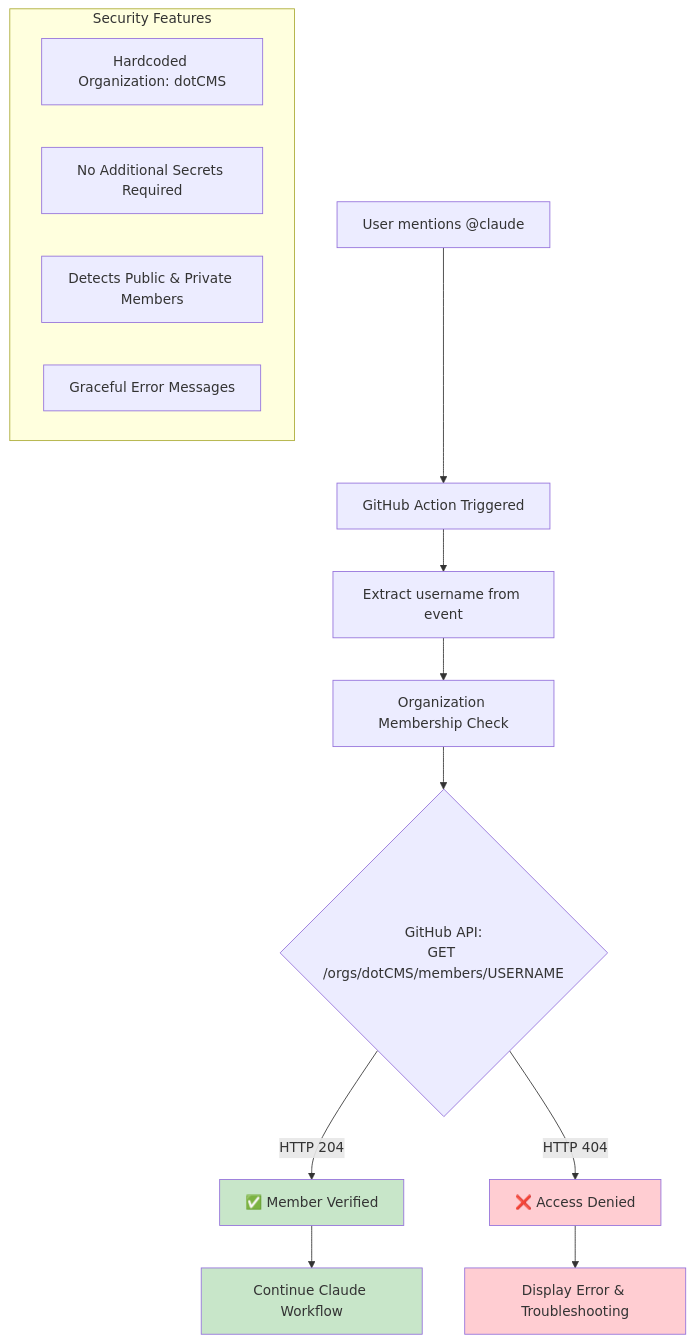
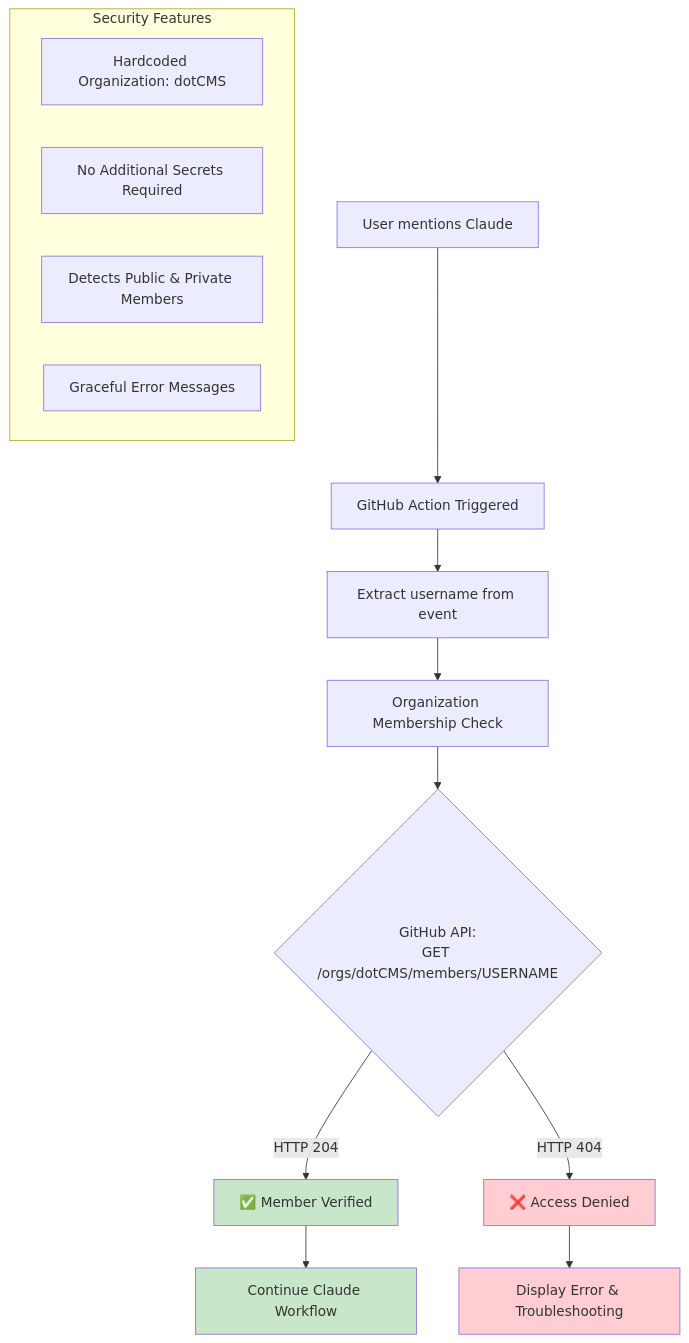
One commit to dotCMS/core changed the first of 4 diagrams in docs/core/CLAUDE_CODE_SECURITY_GUIDE.md. Above: the diagram before and after it, drawn with Mermaid. The commit also changed other lines of this file, not shown here.

First line of the commit message:
fix: remove @ symbols from mermaid node text

````diff
--- a/docs/core/CLAUDE_CODE_SECURITY_GUIDE.md
+++ b/docs/core/CLAUDE_CODE_SECURITY_GUIDE.md
@@ -15,26 +15,26 @@
 ```mermaid
 graph TB
-    A[User mentions @claude] --> B[GitHub Action Triggered]
+    A[User mentions Claude] --> B[GitHub Action Triggered]
     B --> C[Extract username from event]
     C --> D[Organization Membership Check]
     
     D --> E{GitHub API:<br/>GET /orgs/dotCMS/members/USERNAME}
     
     E -->|HTTP 204| F[✅ Member Verified]
     E -->|HTTP 404| G[❌ Access Denied]
     
     F --> H[Continue Claude Workflow]
     G --> I[Display Error & Troubleshooting]
     
     subgraph "Security Features"
         J[Hardcoded Organization: dotCMS]
         K[No Additional Secrets Required]
         L[Detects Public & Private Members]
         M[Graceful Error Messages]
     end
     
     style F fill:#c8e6c9
     style G fill:#ffcdd2
     style H fill:#c8e6c9
     style I fill:#ffcdd2
 ```
````
